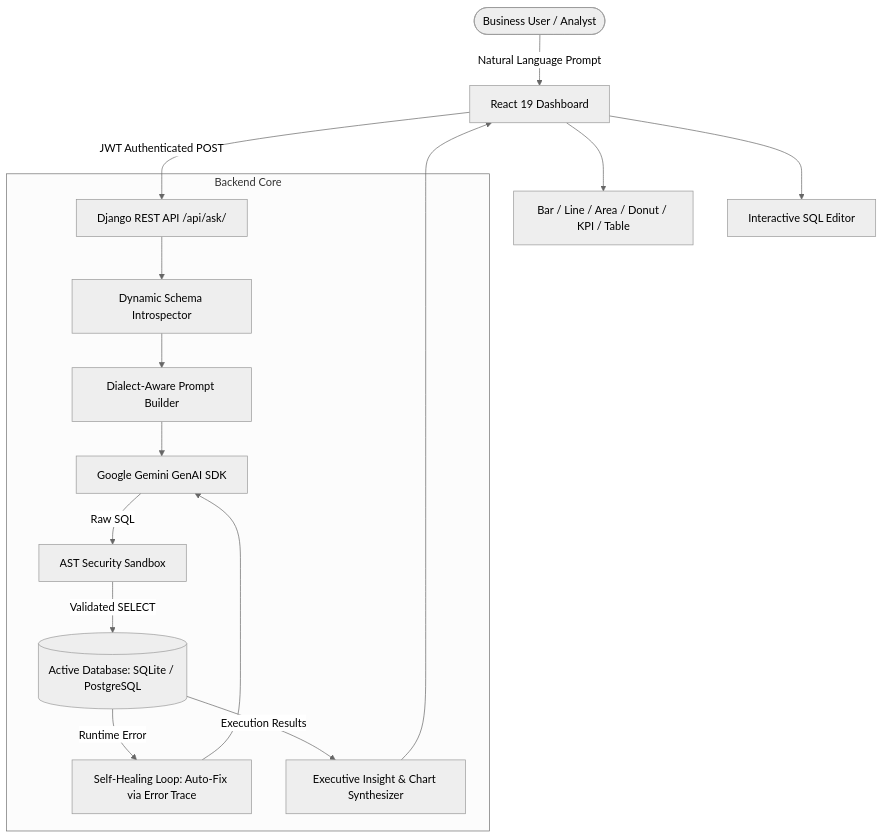
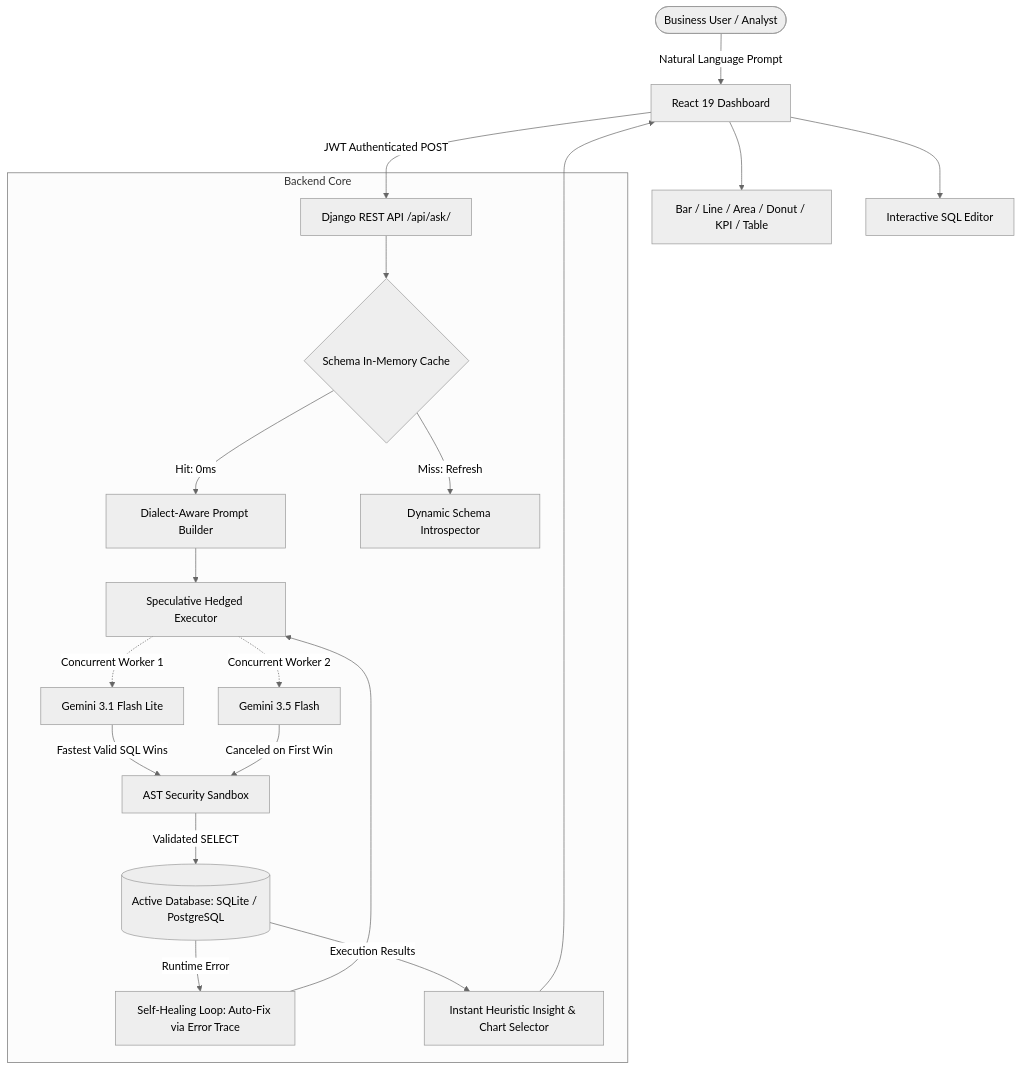
One commit to Manvendrasingh2005/DataWhisper-enterprise changed the diagram in README.md. Above: the diagram before and after it, drawn with Mermaid (neutral theme). The commit also changed other lines of this file, not shown here.

Commit message:
docs(readme): update system description, latency benchmarks, and speculative model architecture

````diff
--- a/README.md
+++ b/README.md
@@ -36,23 +51,28 @@
 ```mermaid
 graph TD
     User([Business User / Analyst]) -->|Natural Language Prompt| UI[React 19 Dashboard]
     UI -->|JWT Authenticated POST| API[Django REST API /api/ask/]
     
     subgraph Backend Core
-        API --> Inspector[Dynamic Schema Introspector]
-        Inspector --> PromptEngine[Dialect-Aware Prompt Builder]
-        PromptEngine --> Gemini[Google Gemini GenAI SDK]
+        API --> Cache{Schema In-Memory Cache}
+        Cache -->|Hit: 0ms| PromptEngine[Dialect-Aware Prompt Builder]
+        Cache -->|Miss: Refresh| Inspector[Dynamic Schema Introspector]
         
-        Gemini -->|Raw SQL| Sandbox[AST Security Sandbox]
+        PromptEngine --> HedgeEngine[Speculative Hedged Executor]
+        HedgeEngine -.->|Concurrent Worker 1| ModelA[Gemini 3.1 Flash Lite]
+        HedgeEngine -.->|Concurrent Worker 2| ModelB[Gemini 3.5 Flash]
+        ModelA -->|Fastest Valid SQL Wins| Sandbox[AST Security Sandbox]
+        ModelB -->|Canceled on First Win| Sandbox
+        
         Sandbox -->|Validated SELECT| DB[(Active Database: SQLite / PostgreSQL)]
         
         DB -- Runtime Error --> SelfHeal[Self-Healing Loop: Auto-Fix via Error Trace]
-        SelfHeal --> Gemini
+        SelfHeal --> HedgeEngine
         
-        DB -- Execution Results --> Insights[Executive Insight & Chart Synthesizer]
+        DB -- Execution Results --> Insights[Instant Heuristic Insight & Chart Selector]
     end
     
     Insights --> UI
     UI --> Visuals[Bar / Line / Area / Donut / KPI / Table]
     UI --> Workbench[Interactive SQL Editor]
 ```
````
